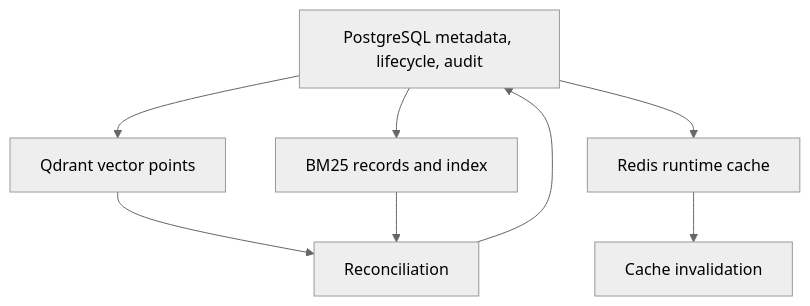
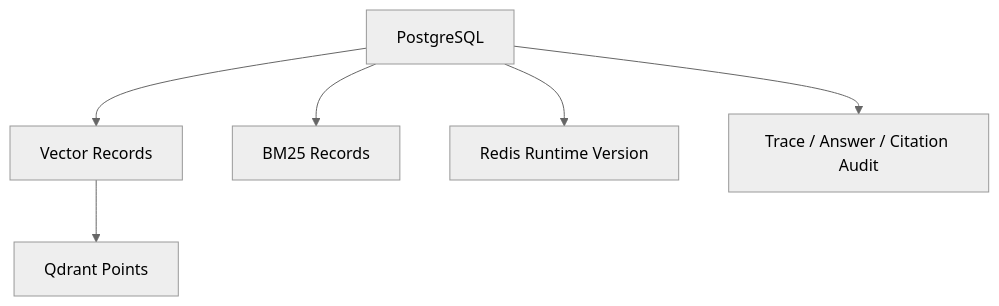
The third of 9 diagrams in docs/technical-spec.md (Sggggt/SymboGraph), drawn with Mermaid (neutral theme) before and after one commit. The commit also changed other lines of this file, not shown here.

````diff
--- a/docs/technical-spec.md
+++ b/docs/technical-spec.md
@@ -187,10 +440,8 @@
 ```mermaid
 flowchart TB
-    PG["PostgreSQL metadata, lifecycle, audit"] --> QD["Qdrant vector points"]
-    PG --> BM["BM25 records and index"]
-    PG --> RD["Redis runtime cache"]
-    QD --> REC["Reconciliation"]
-    BM --> REC
-    RD --> INV["Cache invalidation"]
-    REC --> PG
+    PG["PostgreSQL"] --> VR["Vector Records"]
+    VR --> QD["Qdrant Points"]
+    PG --> BM["BM25 Records"]
+    PG --> RD["Redis Runtime Version"]
+    PG --> AU["Trace / Answer / Citation Audit"]
 ```
````
